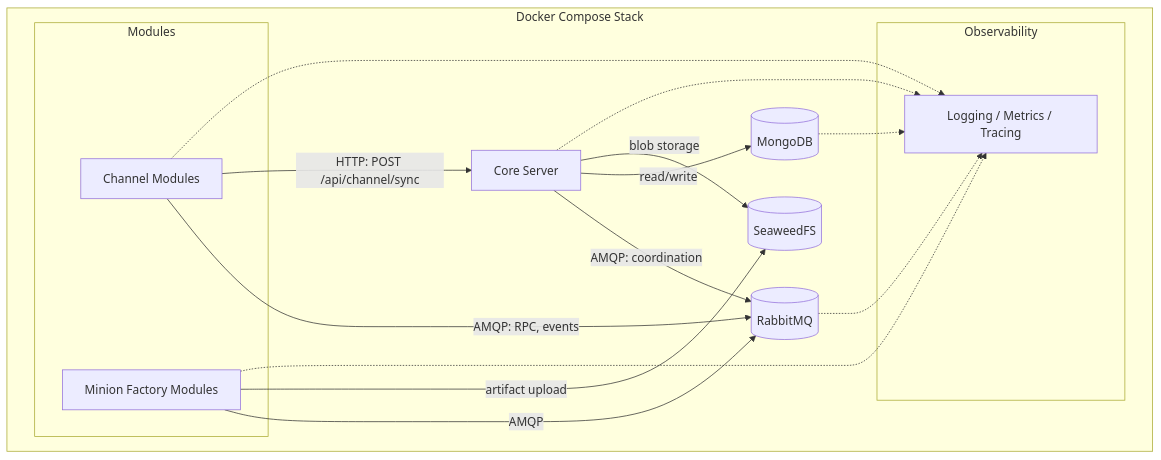
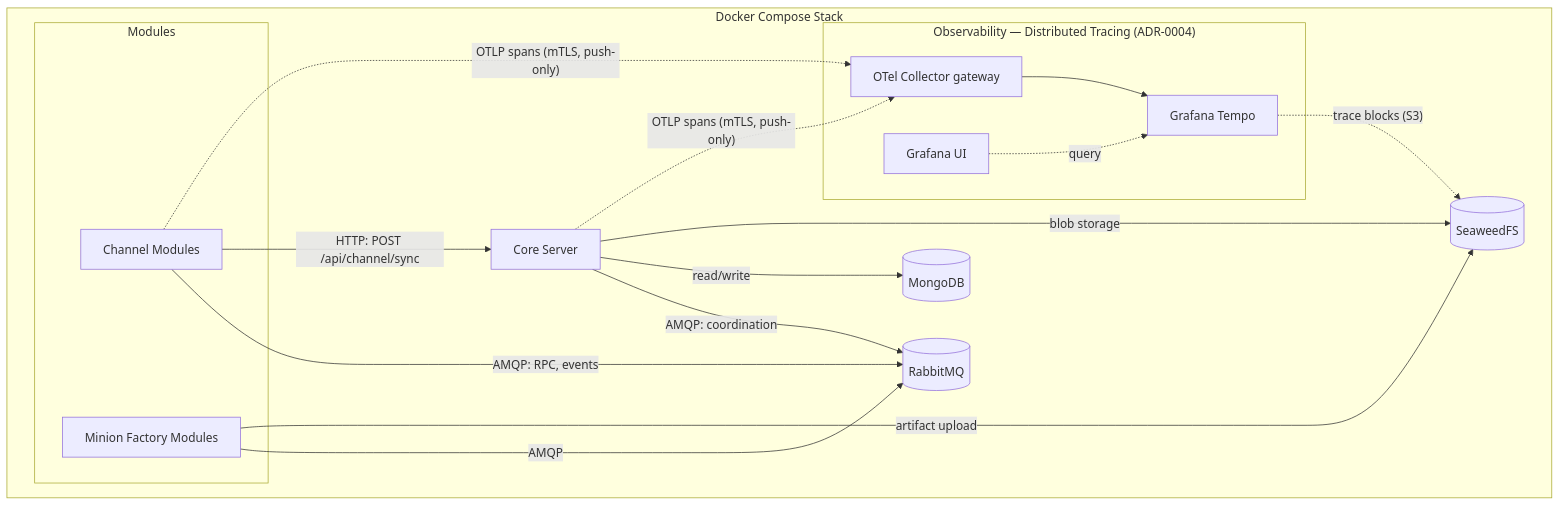
One commit to vibe-c2/vibe-c2-docs changed the diagram in src/content/docs/core-infrastructure.md. Above: the diagram before and after it, drawn with Mermaid. The commit also changed other lines of this file and 2 other files, not shown here.

First line of the commit message:
docs(adr): add ADR-0004 distributed tracing for the minion data plane

````diff
--- a/src/content/docs/core-infrastructure.md
+++ b/src/content/docs/core-infrastructure.md
@@ -11,34 +11,36 @@
 ```mermaid
 graph TD
     subgraph compose["Docker Compose Stack"]
         CS[Core Server]
         RMQ[(RabbitMQ)]
         DB[(MongoDB)]
         SFS[(SeaweedFS)]
 
         subgraph modules["Modules"]
             CH[Channel Modules]
             IP[Minion Factory Modules]
         end
 
-        subgraph obs["Observability"]
-            OBS[Logging / Metrics / Tracing]
+        subgraph obs["Observability — Distributed Tracing (ADR-0004)"]
+            COL[OTel Collector gateway]
+            TEMPO[Grafana Tempo]
+            GRAF[Grafana UI]
         end
     end
 
     CH -- "AMQP: RPC, events" --> RMQ
     IP -- "AMQP" --> RMQ
     CS -- "AMQP: coordination" --> RMQ
 
     CH -- "HTTP: POST /api/channel/sync" --> CS
 
     CS -- "read/write" --> DB
     CS -- "blob storage" --> SFS
     IP -- "artifact upload" --> SFS
 
-    CS -.-> OBS
-    CH -.-> OBS
-    IP -.-> OBS
-    RMQ -.-> OBS
-    DB -.-> OBS
+    CH -. "OTLP spans (mTLS, push-only)" .-> COL
+    CS -. "OTLP spans (mTLS, push-only)" .-> COL
+    COL --> TEMPO
+    TEMPO -. "trace blocks (S3)" .-> SFS
+    GRAF -. "query" .-> TEMPO
 ```
````
